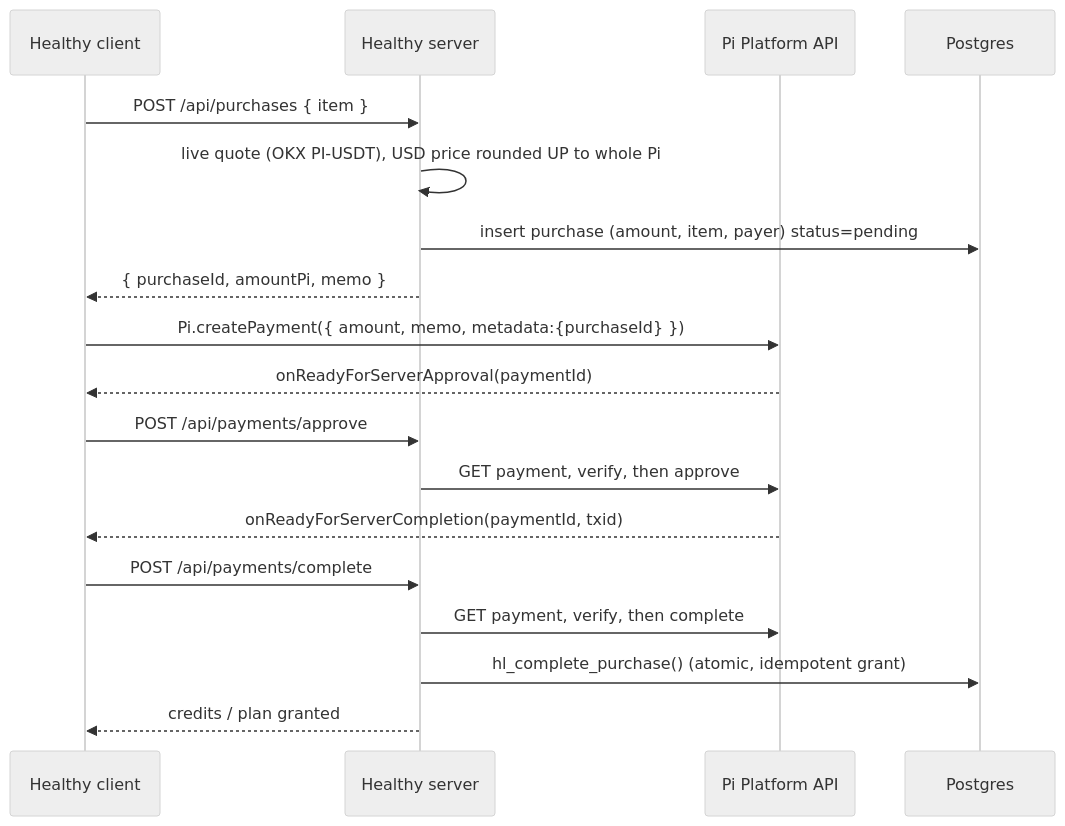
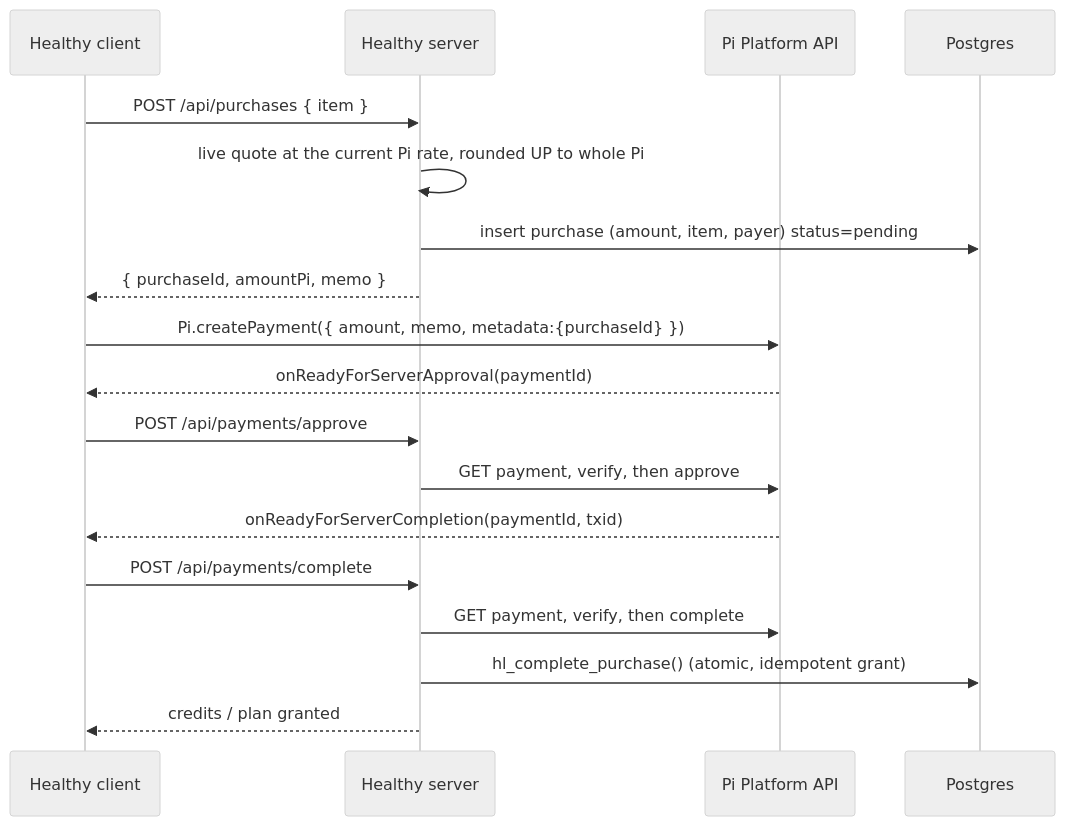
Before and after one commit to mohamedgamal2248/Healthy: the third of 3 diagrams in README.md, drawn with Mermaid (neutral theme). The commit also changed other lines of this file and 1 other file, not shown here.

````diff
--- a/README.md
+++ b/README.md
@@ -115,20 +115,20 @@
 ```mermaid
 sequenceDiagram
   participant C as Healthy client
   participant S as Healthy server
   participant P as Pi Platform API
   participant D as Postgres
   C->>S: POST /api/purchases { item }
-  S->>S: live quote (OKX PI-USDT), USD price rounded UP to whole Pi
+  S->>S: live quote at the current Pi rate, rounded UP to whole Pi
   S->>D: insert purchase (amount, item, payer) status=pending
   S-->>C: { purchaseId, amountPi, memo }
   C->>P: Pi.createPayment({ amount, memo, metadata:{purchaseId} })
   P-->>C: onReadyForServerApproval(paymentId)
   C->>S: POST /api/payments/approve
   S->>P: GET payment, verify, then approve
   P-->>C: onReadyForServerCompletion(paymentId, txid)
   C->>S: POST /api/payments/complete
   S->>P: GET payment, verify, then complete
   S->>D: hl_complete_purchase() (atomic, idempotent grant)
   S-->>C: credits / plan granted
 ```
````
